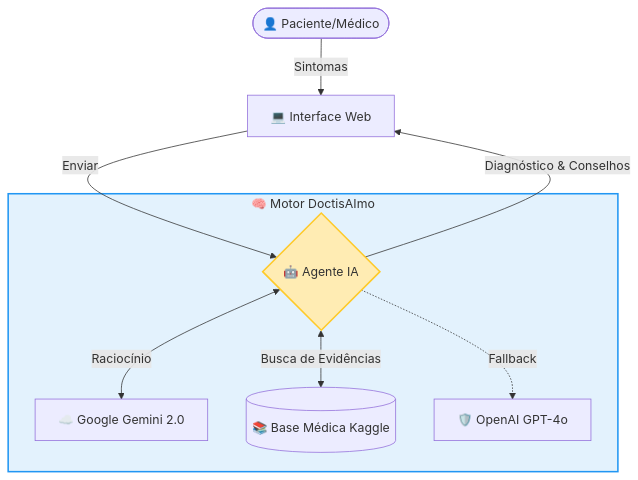
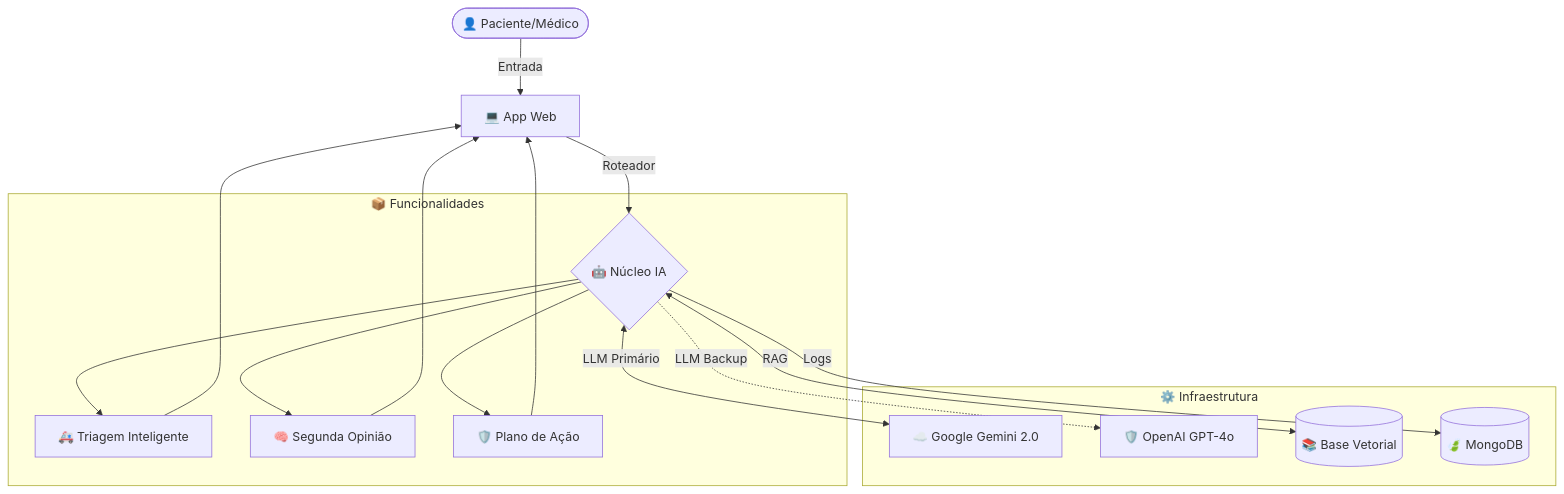
Before and after one commit to Adam-Blf/Projet-IA-Generative-Doctis-AI-mo: the fifth of 8 diagrams in README.md, drawn with Mermaid. The commit also changed other lines of this file, not shown here.

Commit message:
Docs: Center Align Header & Enhanced Dark-Mode Friendly Diagrams

````diff
--- a/README.md
+++ b/README.md
@@ -345,16 +355,20 @@
 ```mermaid
 graph TD
-    User([👤 Paciente/Médico]) -->|Sintomas| UI[💻 Interface Web];
-    UI -->|Enviar| Agent{🤖 Agente IA};
+    User([👤 Paciente/Médico]) -->|Entrada| UI[💻 App Web];
+    UI -->|Roteador| Agent{🤖 Núcleo IA};
     
-    subgraph Core [🧠 Motor DoctisAImo]
-        Agent <-->|Raciocínio| Gemini[☁️ Google Gemini 2.0];
-        Agent <-->|Busca de Evidências| RAG[(📚 Base Médica Kaggle)];
-        Agent -.->|Fallback| GPT[🛡️ OpenAI GPT-4o];
+    subgraph Modules [📦 Funcionalidades]
+        Agent --> Triage[🚑 Triagem Inteligente];
+        Agent --> SecondOp[🧠 Segunda Opinião];
+        Agent --> Plan[🛡️ Plano de Ação];
+    end
+
+    subgraph Backend [⚙️ Infraestrutura]
+        Agent <-->|LLM Primário| Gemini[☁️ Google Gemini 2.0];
+        Agent -.->|LLM Backup| GPT[🛡️ OpenAI GPT-4o];
+        Agent <-->|RAG| DB[(📚 Base Vetorial)];
+        Agent -->|Logs| Mongo[(🍃 MongoDB)];
     end
     
-    Agent -->|Diagnóstico & Conselhos| UI;
-    
-    style Core fill:#e3f2fd,stroke:#2196f3,stroke-width:2px
-    style Agent fill:#ffecb3,stroke:#ffca28,stroke-width:2px
+    Triage & SecondOp & Plan --> UI;
 ```
````
